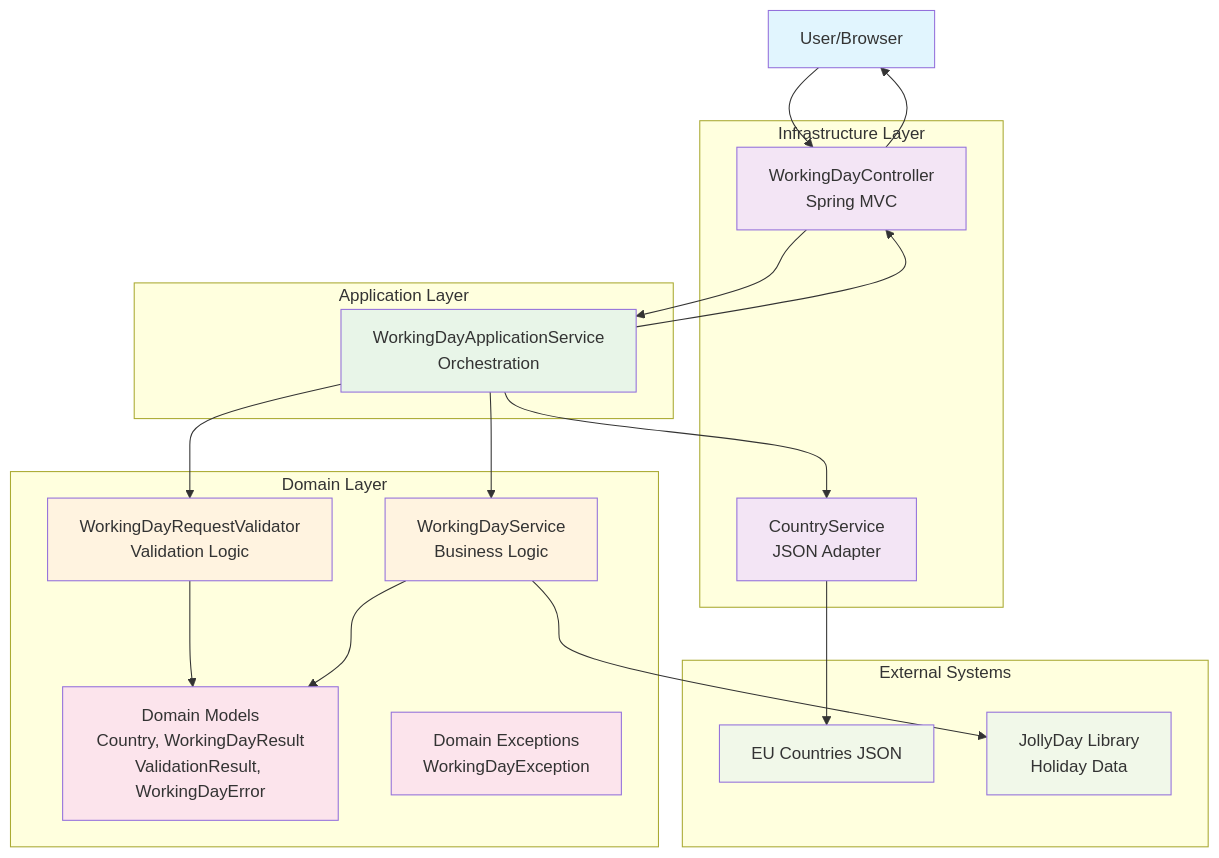
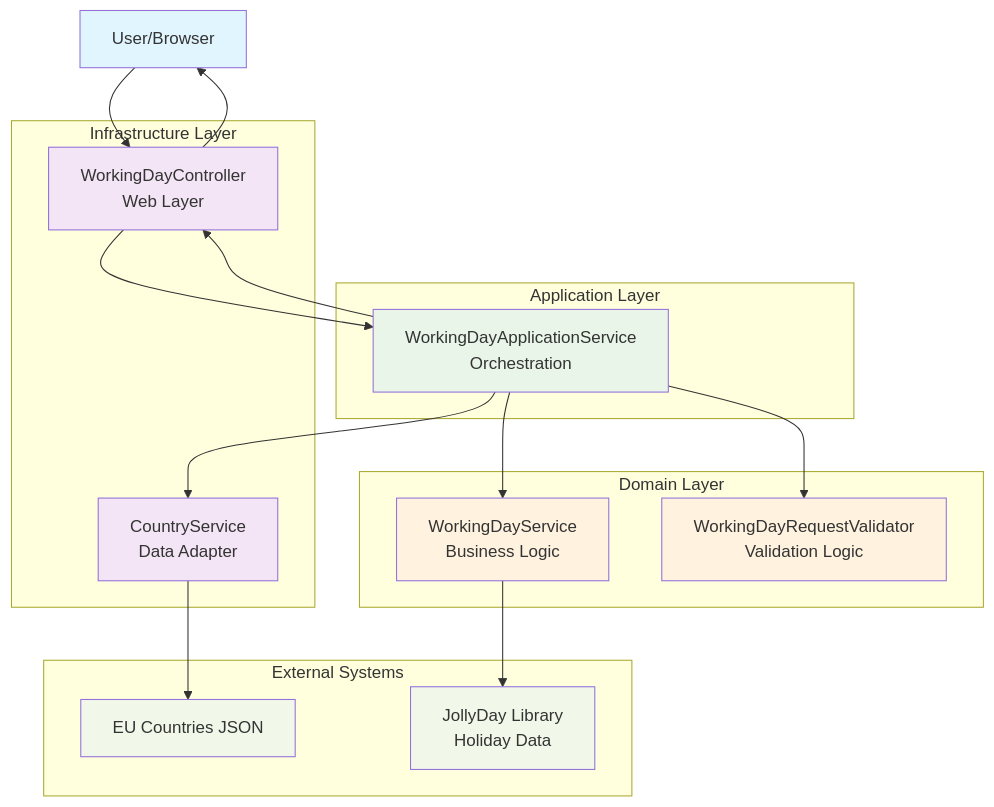
Before and after one commit to Helderpm/ai_exec: the fourth of 4 diagrams in README.md, drawn with Mermaid. The commit also changed other lines of this file and 16 other files, not shown here.

````diff
--- a/README.md
+++ b/README.md
@@ -201,57 +209,47 @@
 ```mermaid
 graph TB
     %% External Actors
     User[User/Browser]
     
-    %% Infrastructure Layer
+    %% Application Layers
     subgraph "Infrastructure Layer"
-        Controller[WorkingDayController<br/>Spring MVC]
-        CountryAdapter[CountryService<br/>JSON Adapter]
+        Controller[WorkingDayController<br/>Web Layer]
+        CountryAdapter[CountryService<br/>Data Adapter]
     end
     
-    %% Application Layer
     subgraph "Application Layer"
         AppService[WorkingDayApplicationService<br/>Orchestration]
     end
     
-    %% Domain Layer
     subgraph "Domain Layer"
         Calculator[WorkingDayService<br/>Business Logic]
         Validator[WorkingDayRequestValidator<br/>Validation Logic]
-        
-        %% Domain Models
-        Models[Domain Models<br/>Country, WorkingDayResult<br/>ValidationResult, WorkingDayError]
-        Exceptions[Domain Exceptions<br/>WorkingDayException]
     end
     
     %% External Systems
     subgraph "External Systems"
         JSON[EU Countries JSON]
         JollyDay[JollyDay Library<br/>Holiday Data]
     end
     
     %% Data Flow
     User --> Controller
     Controller --> AppService
     AppService --> Calculator
     AppService --> Validator
-    Validator --> Models
-    Calculator --> Models
     AppService --> CountryAdapter
     CountryAdapter --> JSON
     Calculator --> JollyDay
     AppService --> Controller
     Controller --> User
     
     %% Style
     style User fill:#e1f5fe
     style Controller fill:#f3e5f5
     style CountryAdapter fill:#f3e5f5
     style AppService fill:#e8f5e8
     style Calculator fill:#fff3e0
     style Validator fill:#fff3e0
-    style Models fill:#fce4ec
-    style Exceptions fill:#fce4ec
     style JSON fill:#f1f8e9
     style JollyDay fill:#f1f8e9
 ```
````
